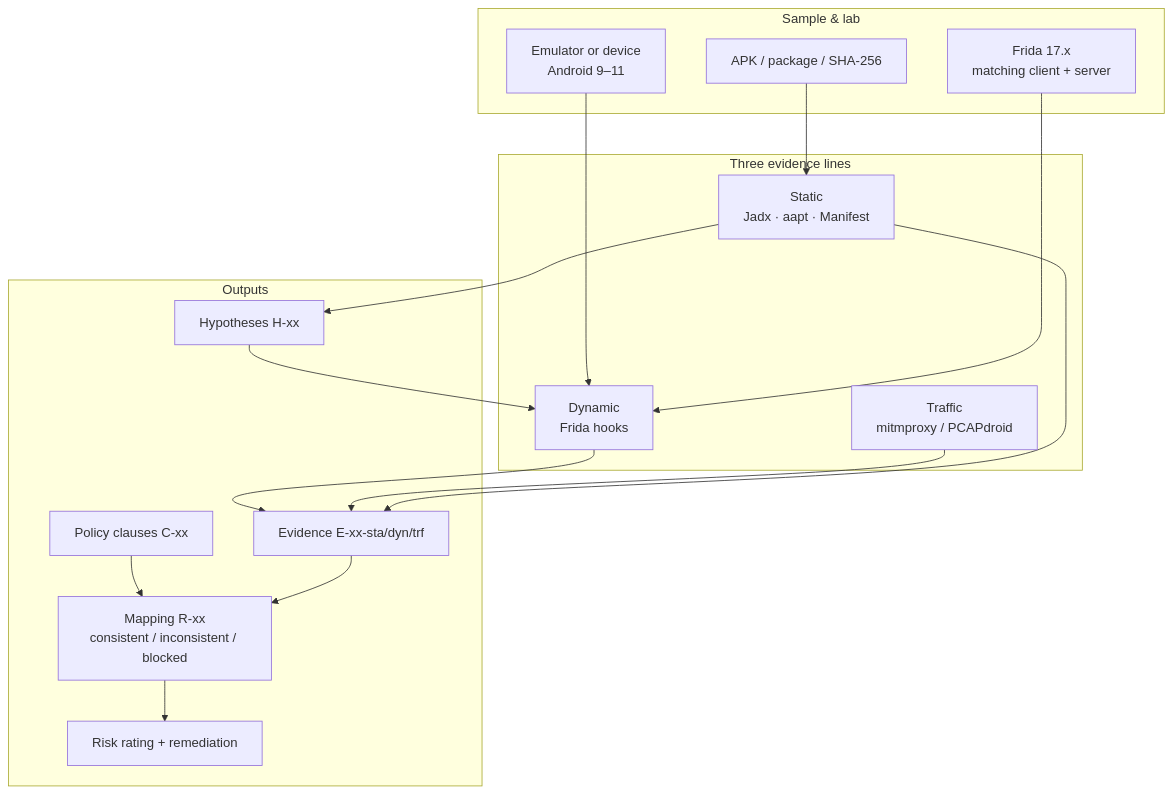
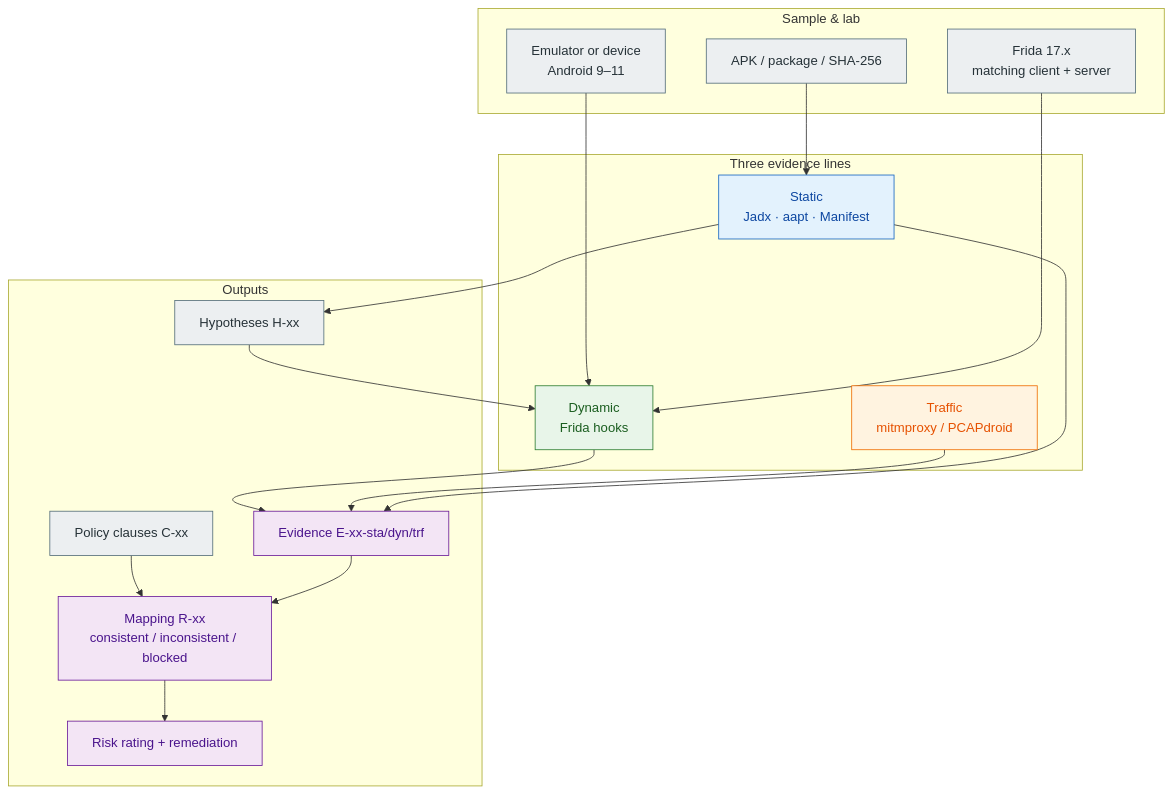
Before and after one commit to ConradLu2740/app-privacy-audit: the third of 6 diagrams in README.en.md, drawn with Mermaid. The commit also changed other lines of this file and 7 other files, not shown here.

First line of the commit message:
Upgrade all diagrams: unified styling, gate markers, data visualization

````diff
--- a/README.en.md
+++ b/README.en.md
@@ -85,34 +121,46 @@
 ```mermaid
 flowchart TB
+  classDef input fill:#ECEFF1,stroke:#546E7A,color:#263238;
+  classDef stat fill:#E3F2FD,stroke:#1565C0,color:#0D47A1;
+  classDef dyn fill:#E8F5E9,stroke:#2E7D32,color:#1B5E20;
+  classDef trf fill:#FFF3E0,stroke:#EF6C00,color:#E65100;
+  classDef out fill:#F3E5F5,stroke:#6A1B9A,color:#4A148C;
+
   subgraph Input["Sample & lab"]
     APK["APK / package / SHA-256"]
     EMU["Emulator or device<br/>Android 9–11"]
     FR["Frida 17.x<br/>matching client + server"]
   end
 
   subgraph Lines["Three evidence lines"]
     ST["Static<br/>Jadx · aapt · Manifest"]
     DY["Dynamic<br/>Frida hooks"]
     TF["Traffic<br/>mitmproxy / PCAPdroid"]
   end
 
-  subgraph Out["Outputs"]
+  subgraph O["Outputs"]
     H["Hypotheses H-xx"]
     E["Evidence E-xx-sta/dyn/trf"]
     C["Policy clauses C-xx"]
     R["Mapping R-xx<br/>consistent / inconsistent / blocked"]
     FIX["Risk rating + remediation"]
   end
 
   APK --> ST
   EMU --> DY
   FR --> DY
   ST --> H
   H --> DY
   DY --> E
   TF --> E
   ST --> E
   C --> R
   E --> R
   R --> FIX
+
+  class APK,EMU,FR,H,C input;
+  class ST stat;
+  class DY dyn;
+  class TF trf;
+  class E,R,FIX out;
 ```
````
